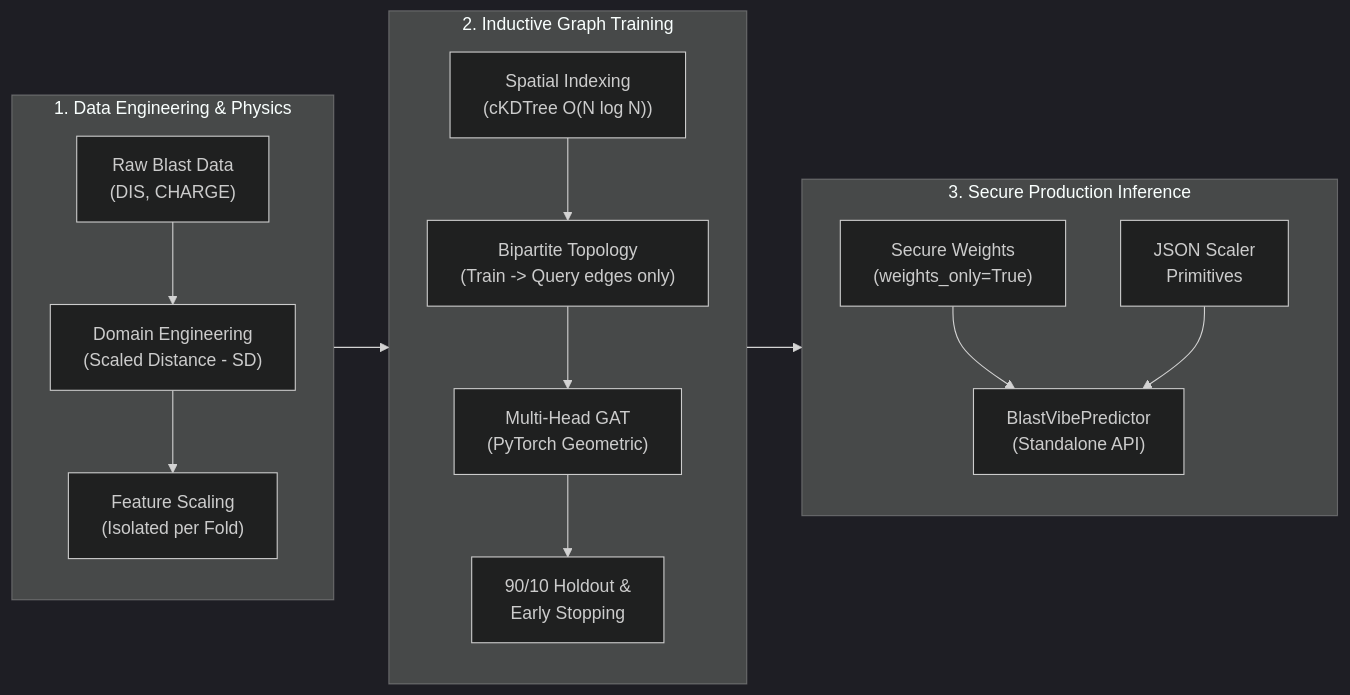
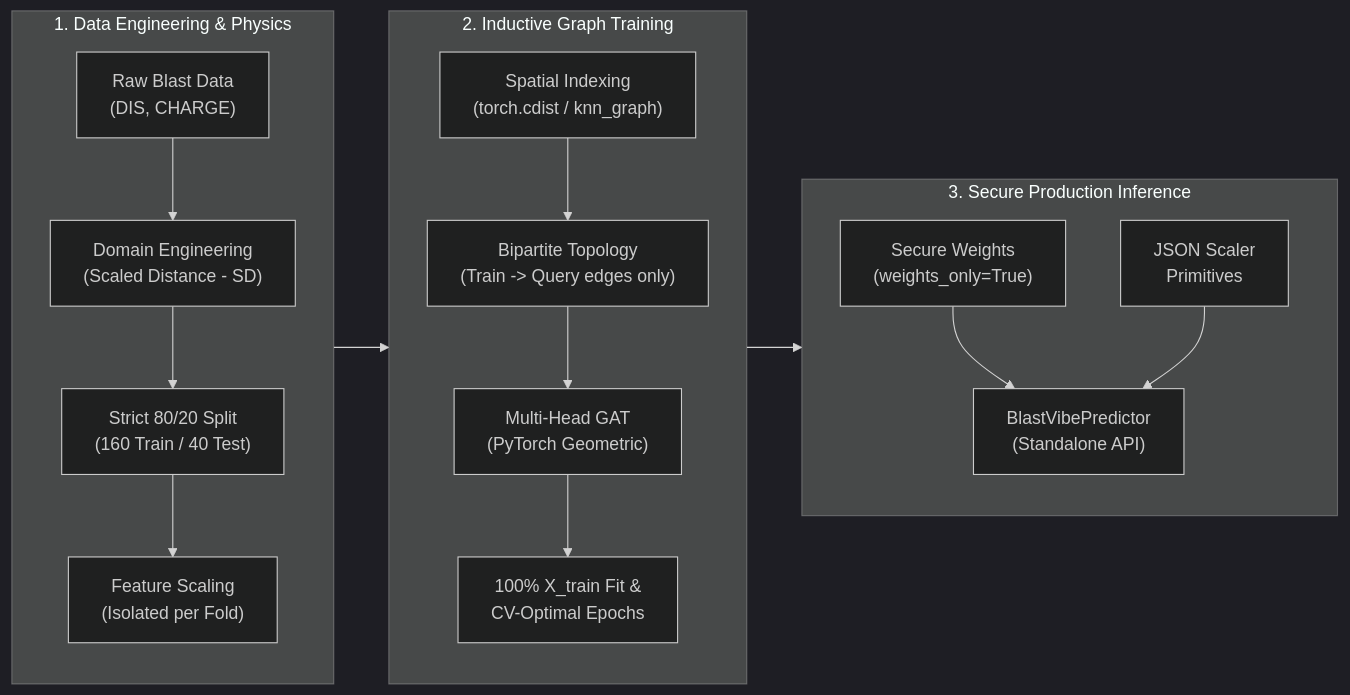
Before and after one commit to Taha-JN/blastvibe-gat-ppv-prediction: the diagram in README.md, drawn with Mermaid (dark theme). The commit also changed other lines of this file and 11 other files, not shown here.

Commit message:
refactor(mlops): decouple trainer, cache graph topology, enforce schema contracts, and sync production artifacts

````diff
--- a/README.md
+++ b/README.md
@@ -22,29 +24,30 @@
 ```mermaid
 flowchart LR
     subgraph DP["1. Data Engineering & Physics"]
         direction TB
         Raw["Raw Blast Data<br/>(DIS, CHARGE)"]
         Physics["Domain Engineering<br/>(Scaled Distance - SD)"]
+        Split["Strict 80/20 Split<br/>(160 Train / 40 Test)"]
         Scale["Feature Scaling<br/>(Isolated per Fold)"]
-        Raw --> Physics --> Scale
+        Raw --> Physics --> Split --> Scale
     end
 
     subgraph DT["2. Inductive Graph Training"]
         direction TB
-        KDTree["Spatial Indexing<br/>(cKDTree O(N log N))"]
+        Spatial["Spatial Indexing<br/>(torch.cdist / knn_graph)"]
         Graph["Bipartite Topology<br/>(Train -> Query edges only)"]
         GAT["Multi-Head GAT<br/>(PyTorch Geometric)"]
-        Early["90/10 Holdout &<br/>Early Stopping"]
-        Scale --> KDTree --> Graph --> GAT --> Early
+        Early["100% X_train Fit &<br/>CV-Optimal Epochs"]
+        Scale --> Spatial --> Graph --> GAT --> Early
     end
 
     subgraph INF["3. Secure Production Inference"]
         direction TB
         Artifact["Secure Weights<br/>(weights_only=True)"]
         JSON["JSON Scaler<br/>Primitives"]
         Service["BlastVibePredictor<br/>(Standalone API)"]
         Artifact & JSON --> Service
     end
 
     Early --> Artifact
 ```
````
